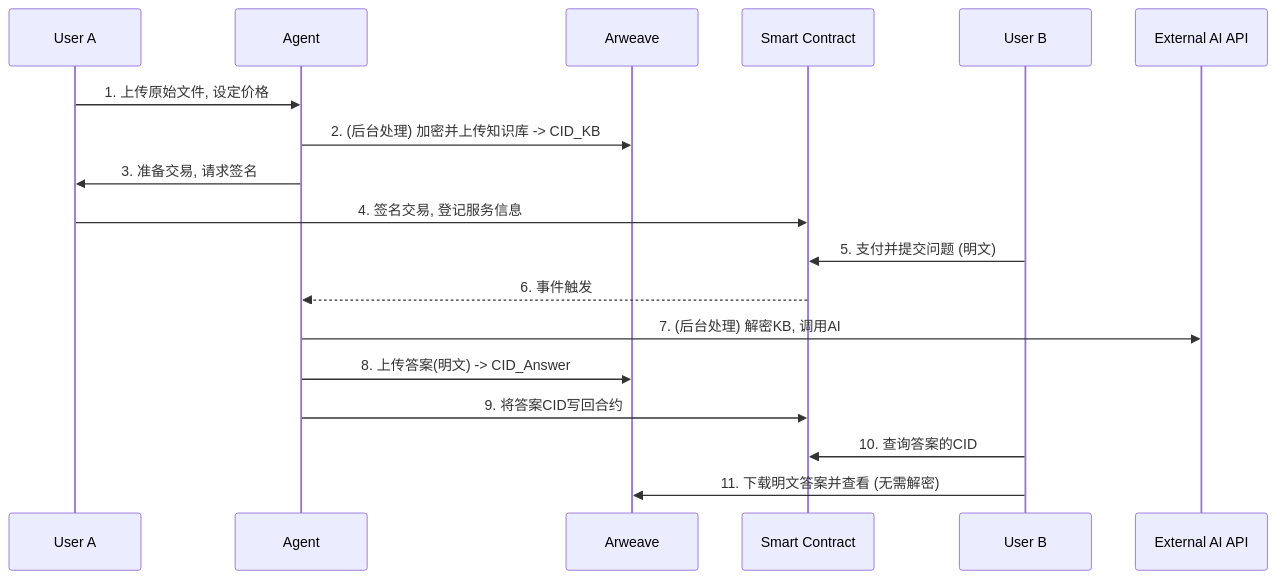
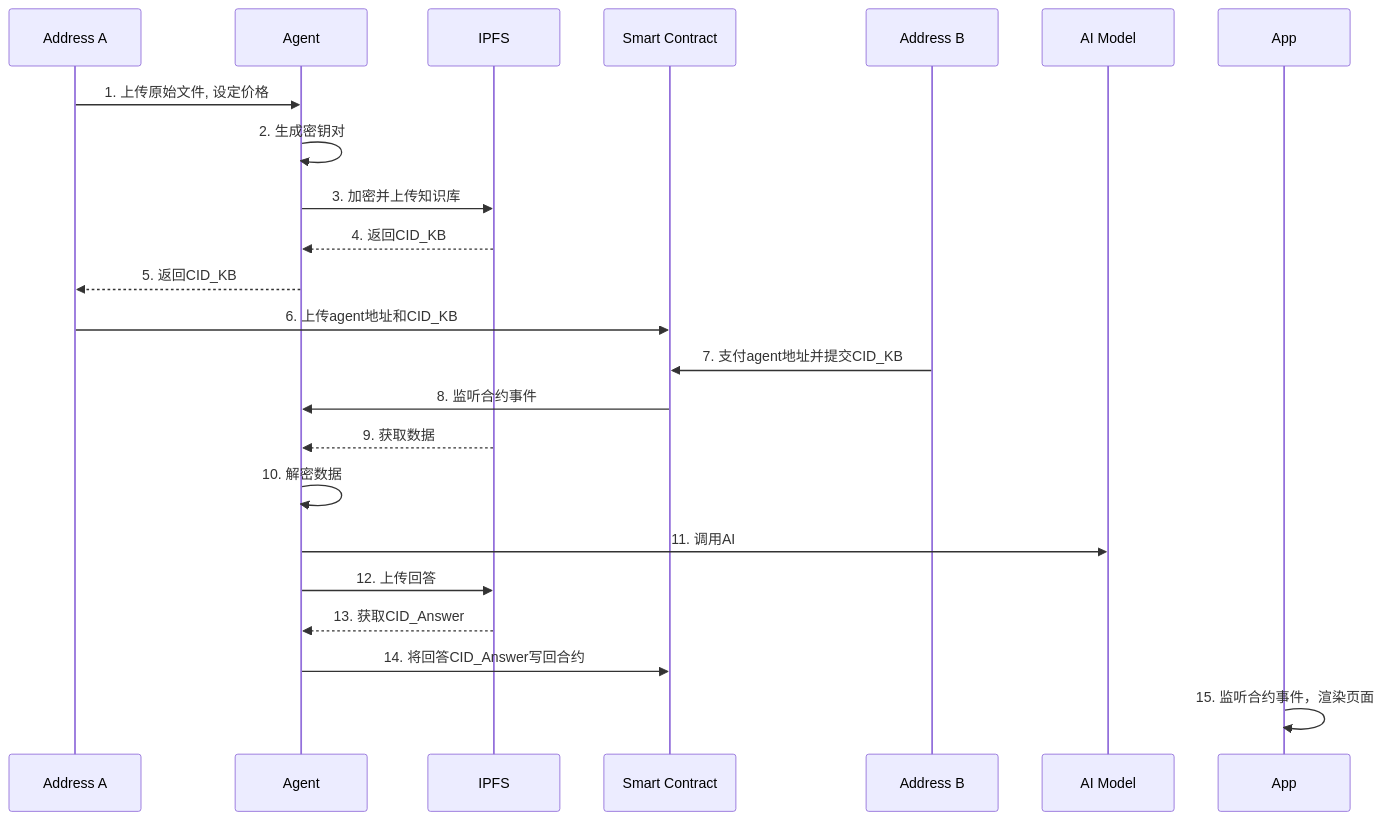
One commit to brizenchi/ETH-Huangshan changed the diagram in 05-Cybernity/ARCHITECT_NOTES.md. Above: the diagram before and after it, drawn with Mermaid. The commit also changed other lines of this file and 12513 other files, not shown here.

First line of the commit message:
refactor: remove arweave and ipfs services

````diff
--- a/05-Cybernity/ARCHITECT_NOTES.md
+++ b/05-Cybernity/ARCHITECT_NOTES.md
@@ -17,27 +3,52 @@
 ```mermaid
+
 sequenceDiagram
-participant User A
+
+participant Address A
+
 participant Agent
-participant Arweave
+
+participant IPFS
+
 participant Smart Contract
-participant User B
 
-%% User A's simplified setup
-User A->>Agent: 1. 上传原始文件, 设定价格
-Agent->>Arweave: 2. (后台处理) 加密并上传知识库 -> CID_KB
-Agent->>User A: 3. 准备交易, 请求签名
-User A->>Smart Contract: 4. 签名交易, 登记服务信息
 
-%% User B's super-simplified interaction
-User B->>Smart Contract: 5. 支付并提交问题 (明文)
-Smart Contract-->>Agent: 6. 事件触发
+
+participant Address B
+participant AI Model
+participant App
+
+%% Address A's simplified setup
+
+Address A->>Agent: 1. 上传原始文件, 设定价格
+Agent->>Agent: 2. 生成密钥对
+Agent->>IPFS: 3. 加密并上传知识库
+IPFS-->>Agent: 4. 返回CID_KB
+Agent-->>Address A: 5. 返回CID_KB
+
+Address A->>Smart Contract: 6. 上传agent地址和CID_KB
+
+
+%% Address B's super-simplified interaction
+
+Address B->>Smart Contract: 7. 支付agent地址并提交CID_KB
+
+Smart Contract->>Agent: 8. 监听合约事件
+
+IPFS-->>Agent: 9. 获取数据
+
+Agent->>Agent: 10. 解密数据
 
 %% Server processing for public answer
-Agent->>External AI API: 7. (后台处理) 解密KB, 调用AI
-Agent->>Arweave: 8. 上传答案(明文) -> CID_Answer
-Agent->>Smart Contract: 9. 将答案CID写回合约
 
-%% User B gets public answer
-User B->>Smart Contract: 10. 查询答案的CID
-User B->>Arweave: 11. 下载明文答案并查看 (无需解密)
-``` 
+Agent->>AI Model: 11. 调用AI
+
+Agent->>IPFS: 12. 上传回答
+
+IPFS-->>Agent: 13. 获取CID_Answer
+
+Agent->>Smart Contract: 14. 将回答CID_Answer写回合约
+
+App->>App: 15. 监听合约事件，渲染页面
+
+```
````
